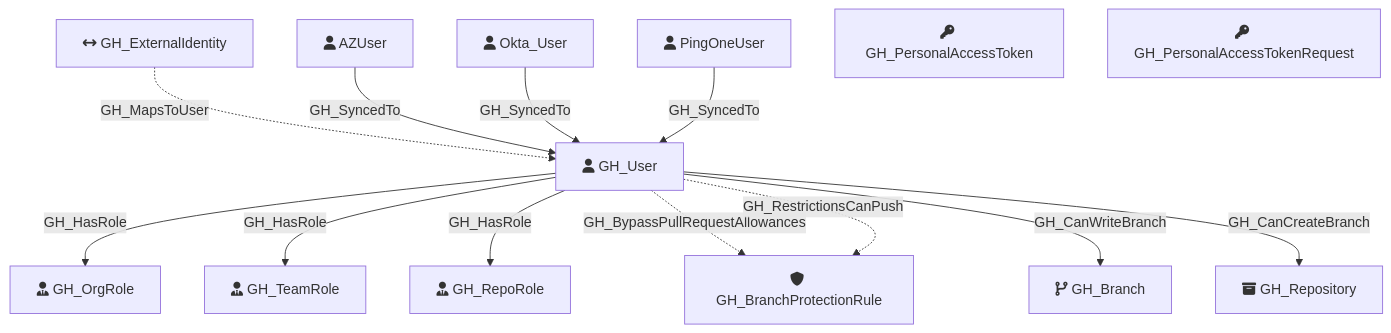
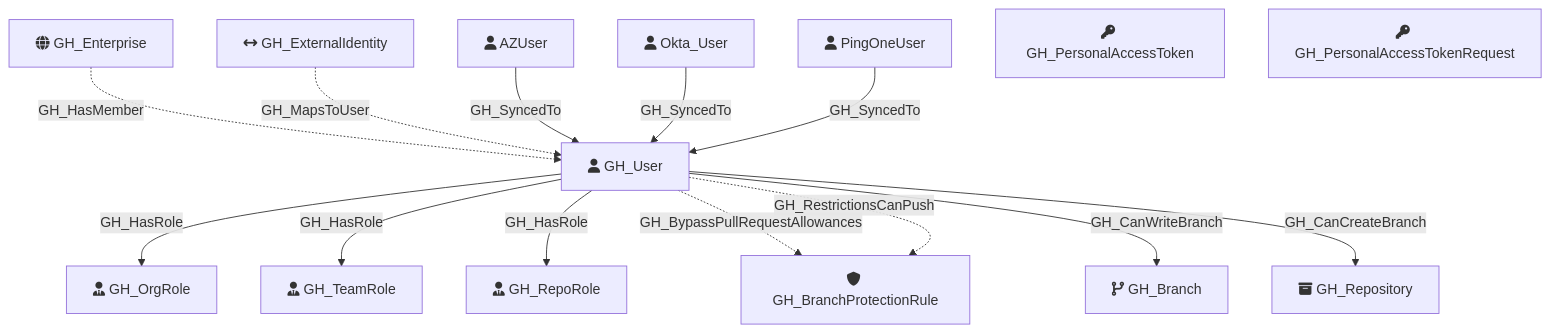
Before and after one commit to SpecterOps/GitHound: the diagram in Documentation/NodeDescriptions/GH_User.md, drawn with Mermaid. The commit also changed other lines of this file and 8 other files, not shown here.

````diff
--- a/Documentation/NodeDescriptions/GH_User.md
+++ b/Documentation/NodeDescriptions/GH_User.md
@@ -24,33 +24,35 @@
 ```mermaid
 flowchart TD
+    GH_Enterprise[fa:fa-globe GH_Enterprise]
     GH_User[fa:fa-user GH_User]
     GH_OrgRole[fa:fa-user-tie GH_OrgRole]
     GH_RepoRole[fa:fa-user-tie GH_RepoRole]
     GH_TeamRole[fa:fa-user-tie GH_TeamRole]
     GH_Branch[fa:fa-code-branch GH_Branch]
     GH_ExternalIdentity[fa:fa-arrows-left-right GH_ExternalIdentity]
     AZUser[fa:fa-user AZUser]
     Okta_User[fa:fa-user Okta_User]
     PingOneUser[fa:fa-user PingOneUser]
 
 
     GH_PersonalAccessToken[fa:fa-key GH_PersonalAccessToken]
     GH_PersonalAccessTokenRequest[fa:fa-key GH_PersonalAccessTokenRequest]
 
 
     GH_BranchProtectionRule[fa:fa-shield GH_BranchProtectionRule]
     GH_Repository[fa:fa-box-archive GH_Repository]
 
 
+    GH_Enterprise -.->|GH_HasMember| GH_User
     GH_User -->|GH_HasRole| GH_OrgRole
     GH_User -->|GH_HasRole| GH_TeamRole
     GH_User -->|GH_HasRole| GH_RepoRole
     GH_User -.->|GH_BypassPullRequestAllowances| GH_BranchProtectionRule
     GH_User -.->|GH_RestrictionsCanPush| GH_BranchProtectionRule
     GH_User -->|GH_CanWriteBranch| GH_Branch
     GH_User -->|GH_CanCreateBranch| GH_Repository
     GH_ExternalIdentity -.->|GH_MapsToUser| GH_User
     AZUser -->|GH_SyncedTo| GH_User
     Okta_User -->|GH_SyncedTo| GH_User
     PingOneUser -->|GH_SyncedTo| GH_User
 ```
````
